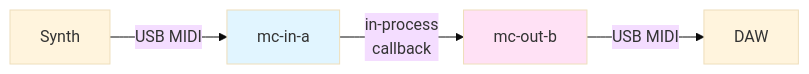
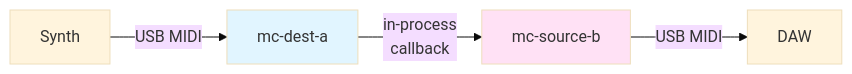
Before and after one commit to odaacabeef/midi-cable: the fifth of 11 diagrams in docs/architecture.md, drawn with Mermaid (base theme). The commit also changed other lines of this file and 1 other file, not shown here.

````diff
--- a/docs/architecture.md
+++ b/docs/architecture.md
@@ -218,9 +221,9 @@
 ```mermaid
 graph LR
-    A[Synth] -->|USB MIDI| B[mc-in-a]
-    B -->|in-process<br/>callback| C[mc-out-b]
+    A[Synth] -->|USB MIDI| B[mc-dest-a]
+    B -->|in-process<br/>callback| C[mc-source-b]
     C -->|USB MIDI| D[DAW]
 
     style B fill:#e1f5ff
     style C fill:#ffe1f5
 ```
````
